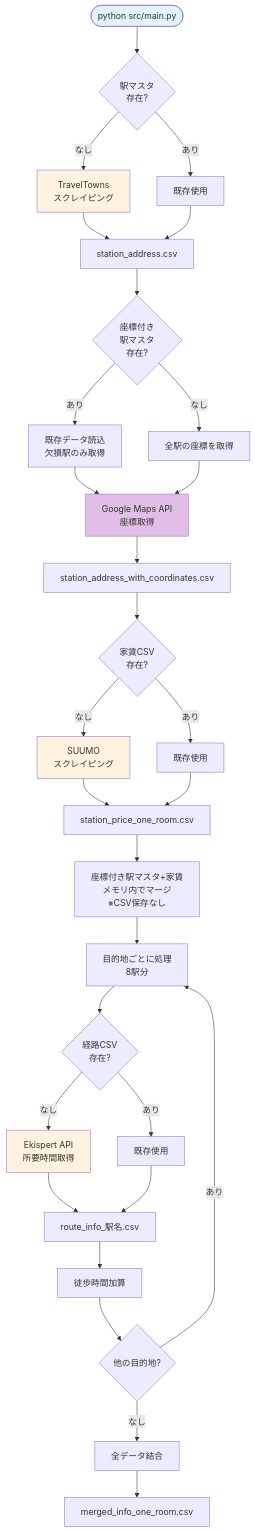
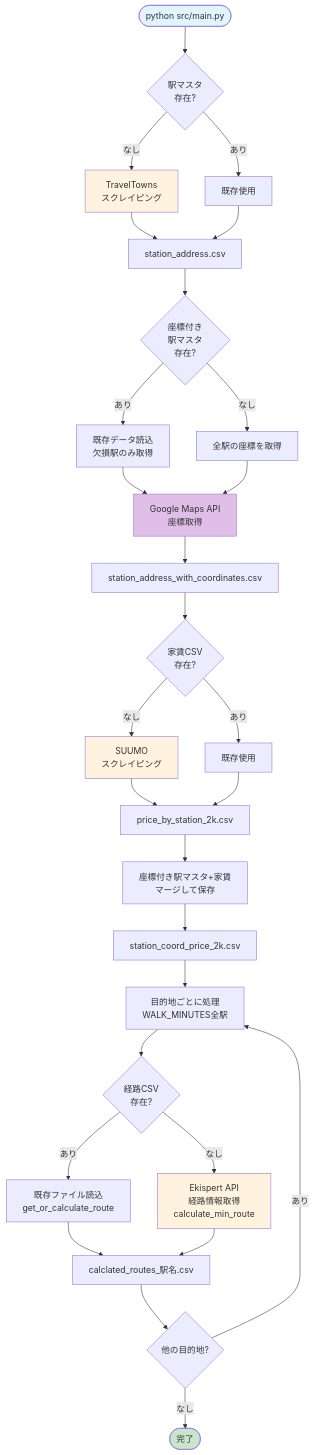
The second of 5 diagrams in PROJECT_OVERVIEW.md (masa350z/stationscraper), drawn with Mermaid before and after one commit. The commit also changed other lines of this file and 37 other files, not shown here.

````diff
--- a/PROJECT_OVERVIEW.md
+++ b/PROJECT_OVERVIEW.md
@@ -90,44 +91,43 @@
 ```mermaid
 flowchart TD
     START([python src/main.py]) --> CHECK1{駅マスタ<br/>存在?}
 
     CHECK1 -->|なし| SCRAPE1[TravelTowns<br/>スクレイピング]
     CHECK1 -->|あり| SKIP1[既存使用]
     SCRAPE1 --> SAVE1[station_address.csv]
     SKIP1 --> SAVE1
 
     SAVE1 --> CHECK_COORDS{座標付き<br/>駅マスタ<br/>存在?}
     CHECK_COORDS -->|あり| LOAD_COORDS[既存データ読込<br/>欠損駅のみ取得]
     CHECK_COORDS -->|なし| NEW_COORDS[全駅の座標を取得]
     LOAD_COORDS --> GEOCODE[Google Maps API<br/>座標取得]
     NEW_COORDS --> GEOCODE
     GEOCODE --> SAVE1B[station_address_with_coordinates.csv]
 
     SAVE1B --> CHECK2{家賃CSV<br/>存在?}
     CHECK2 -->|なし| SCRAPE2[SUUMO<br/>スクレイピング]
     CHECK2 -->|あり| SKIP2[既存使用]
-    SCRAPE2 --> SAVE2[station_price_one_room.csv]
+    SCRAPE2 --> SAVE2[price_by_station_2k.csv]
     SKIP2 --> SAVE2
 
-    SAVE2 --> MERGE1[座標付き駅マスタ+家賃<br/>メモリ内でマージ<br/>※CSV保存なし]
+    SAVE2 --> MERGE1[座標付き駅マスタ+家賃<br/>マージして保存]
+    MERGE1 --> SAVE3[station_coord_price_2k.csv]
 
-    MERGE1 --> LOOP[目的地ごとに処理<br/>8駅分]
+    SAVE3 --> LOOP[目的地ごとに処理<br/>WALK_MINUTES全駅]
     LOOP --> CHECK3{経路CSV<br/>存在?}
-    CHECK3 -->|なし| API1[Ekispert API<br/>所要時間取得]
-    CHECK3 -->|あり| SKIP3[既存使用]
-    API1 --> SAVE4["route_info_駅名.csv"]
-    SKIP3 --> SAVE4
+    CHECK3 -->|あり| SKIP3[既存ファイル読込<br/>get_or_calculate_route]
+    CHECK3 -->|なし| API1[Ekispert API<br/>経路情報取得<br/>calculate_min_route]
+    SKIP3 --> SAVE4["calclated_routes_駅名.csv"]
+    API1 --> SAVE4
 
-    SAVE4 --> ADD_WALK[徒歩時間加算]
-    ADD_WALK --> CHECK_MORE{他の目的地?}
+    SAVE4 --> CHECK_MORE{他の目的地?}
     CHECK_MORE -->|あり| LOOP
-    CHECK_MORE -->|なし| CONCAT[全データ結合]
-
-    CONCAT --> SAVE5[merged_info_one_room.csv]
+    CHECK_MORE -->|なし| END([完了])
 
     style START fill:#e1f5fe
     style SCRAPE1 fill:#fff3e0
     style SCRAPE2 fill:#fff3e0
     style API1 fill:#fff3e0
     style GEOCODE fill:#e1bee7
+    style END fill:#c8e6c9
 ```
````
